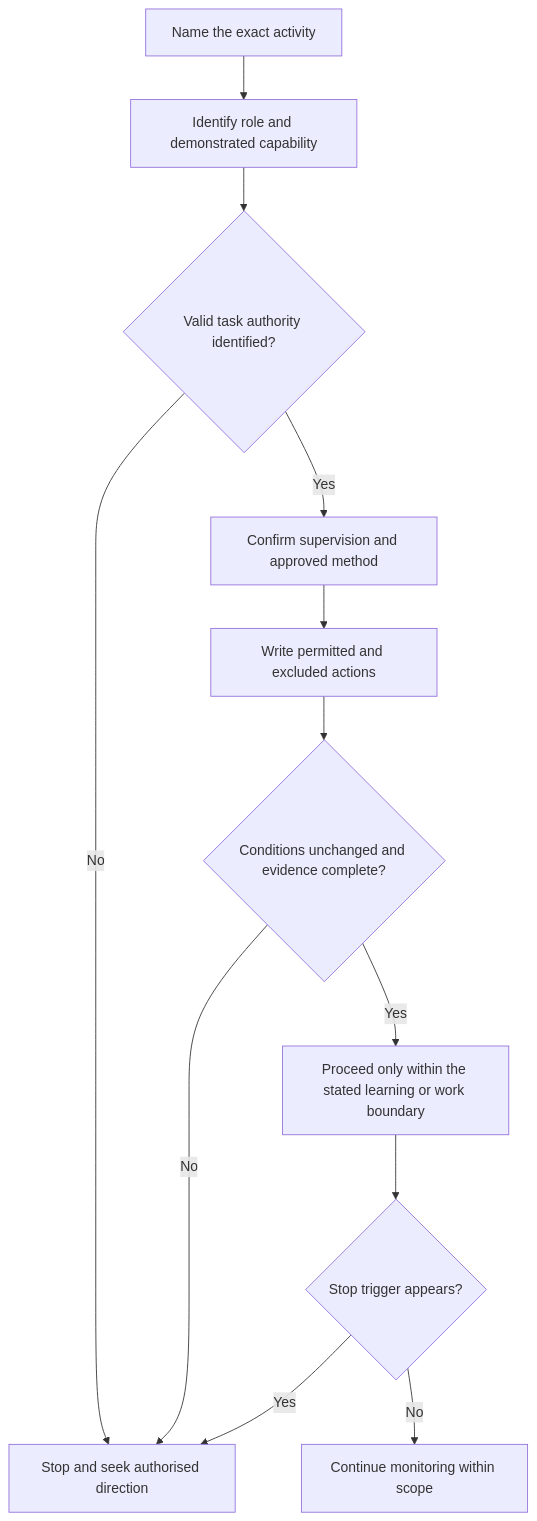
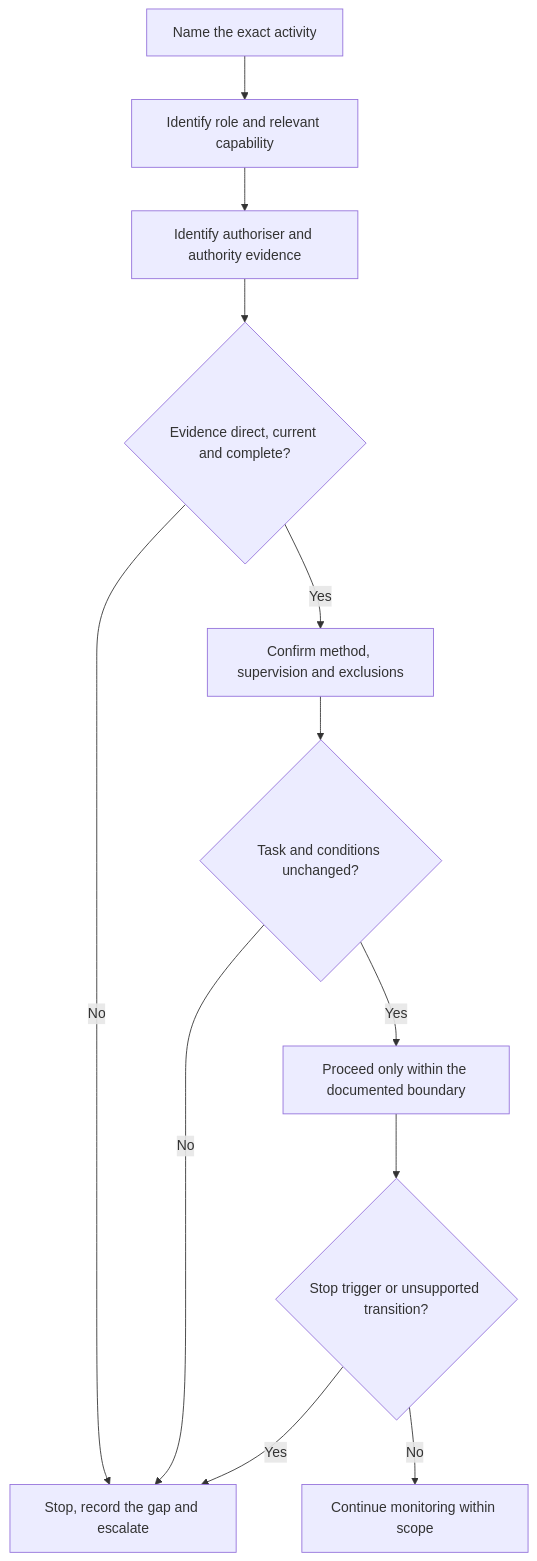
One commit to andrew3stedall/capstone changed the first of 2 diagrams in docs/learning-plans/12-week/modules/day-03-roles-authority-supervision-and-practical-stop-conditions.md. Above: the diagram before and after it, drawn with Mermaid. The commit also changed other lines of this file and 3 other files, not shown here.

Commit message:
Improve Day 3 authority-boundary learning module

````diff
--- a/docs/learning-plans/12-week/modules/day-03-roles-authority-supervision-and-practical-stop-conditions.md
+++ b/docs/learning-plans/12-week/modules/day-03-roles-authority-supervision-and-practical-stop-conditions.md
@@ -124,14 +126,14 @@
 ```mermaid
 flowchart TD
-    A["Name the exact activity"] --> B["Identify role and demonstrated capability"]
-    B --> C{"Valid task authority identified?"}
-    C -->|"No"| S["Stop and seek authorised direction"]
-    C -->|"Yes"| D["Confirm supervision and approved method"]
-    D --> E["Write permitted and excluded actions"]
-    E --> F{"Conditions unchanged and evidence complete?"}
+    A["Name the exact activity"] --> B["Identify role and relevant capability"]
+    B --> C["Identify authoriser and authority evidence"]
+    C --> D{"Evidence direct, current and complete?"}
+    D -->|"No"| S["Stop, record the gap and escalate"]
+    D -->|"Yes"| E["Confirm method, supervision and exclusions"]
+    E --> F{"Task and conditions unchanged?"}
     F -->|"No"| S
-    F -->|"Yes"| G["Proceed only within the stated learning or work boundary"]
-    G --> H{"Stop trigger appears?"}
+    F -->|"Yes"| G["Proceed only within the documented boundary"]
+    G --> H{"Stop trigger or unsupported transition?"}
     H -->|"Yes"| S
     H -->|"No"| I["Continue monitoring within scope"]
 ```
````
